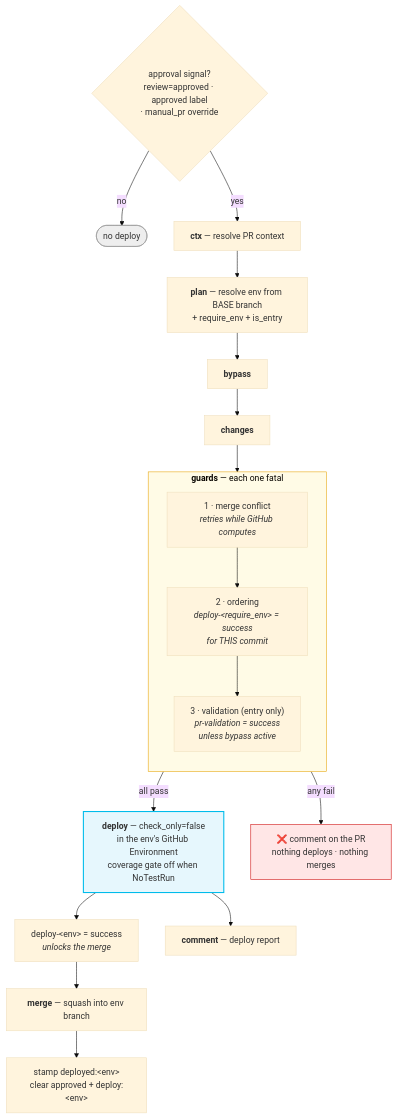
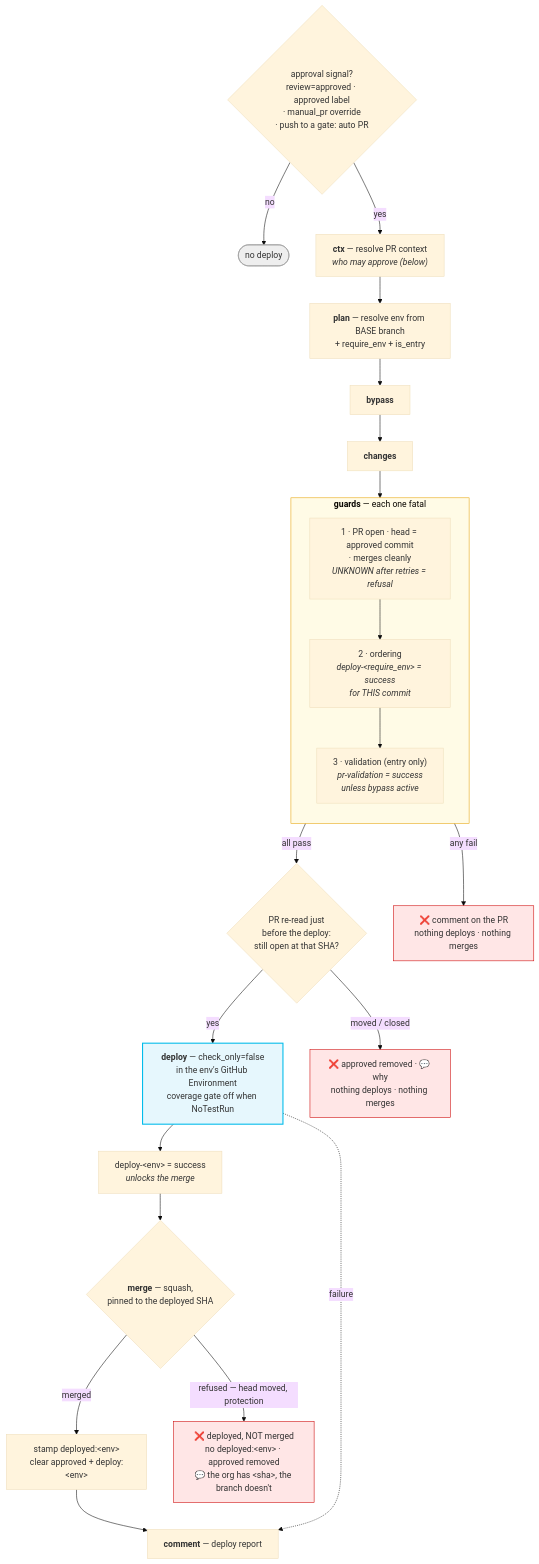
One commit to muraliseelam/sfdx-pipeline-actions changed the sixth of 10 diagrams in docs/Product_Documentation.md. Above: the diagram before and after it, drawn with Mermaid (base theme). The commit also changed other lines of this file and 5 other files, not shown here.

First line of the commit message:
Docs: hardening pass — trusted config, approvals, pinned merges, release proof, gated deploys

````diff
--- a/docs/Product_Documentation.md
+++ b/docs/Product_Documentation.md
@@ -494,34 +617,42 @@
 ```mermaid
 flowchart TD
-    T{"approval signal?<br/>review=approved · approved label<br/>· manual_pr override"}
+    T{"approval signal?<br/>review=approved · approved label<br/>· manual_pr override<br/>· push to a gate: auto PR"}
     STOP(["no deploy"])
-    CTX["<b>ctx</b> — resolve PR context"]
+    CTX["<b>ctx</b> — resolve PR context<br/><i>who may approve (below)</i>"]
     PL["<b>plan</b> — resolve env from BASE branch<br/>+ require_env + is_entry"]
     BY["<b>bypass</b>"]
     CHG["<b>changes</b>"]
 
     subgraph GRD["<b>guards</b> — each one fatal"]
         direction TB
-        G1["1 · merge conflict<br/><i>retries while GitHub computes</i>"]
+        G1["1 · PR open · head = approved commit<br/>· merges cleanly<br/><i>UNKNOWN after retries = refusal</i>"]
         G2["2 · ordering<br/><i>deploy-&lt;require_env&gt; = success<br/>for THIS commit</i>"]
         G3["3 · validation (entry only)<br/><i>pr-validation = success<br/>unless bypass active</i>"]
         G1 --> G2 --> G3
     end
 
+    FR{"PR re-read just<br/>before the deploy:<br/>still open at that SHA?"}
     DEP["<b>deploy</b> — check_only=false<br/>in the env's GitHub Environment<br/>coverage gate off when NoTestRun"]
     ST["deploy-&lt;env&gt; = success<br/><i>unlocks the merge</i>"]
-    MG["<b>merge</b> — squash into env branch"]
+    MG{"<b>merge</b> — squash,<br/>pinned to the deployed SHA"}
     LB["stamp deployed:&lt;env&gt;<br/>clear approved + deploy:&lt;env&gt;"]
+    NM["❌ deployed, NOT merged<br/>no deployed:&lt;env&gt; · approved removed<br/>💬 the org has &lt;sha&gt;, the branch doesn't"]
     RP["<b>comment</b> — deploy report"]
 
     T -->|no| STOP
     T -->|yes| CTX --> PL --> BY --> CHG --> GRD
-    GRD -->|all pass| DEP --> ST --> MG --> LB
+    GRD -->|all pass| FR
+    FR -->|yes| DEP --> ST --> MG
+    FR -->|"moved / closed"| MOVED["❌ approved removed · 💬 why<br/>nothing deploys · nothing merges"]
+    MG -->|merged| LB --> RP
+    MG -->|"refused — head moved, protection"| NM
+    DEP -.->|failure| RP
     GRD -->|any fail| BLOCK["❌ comment on the PR<br/>nothing deploys · nothing merges"]
-    DEP --> RP
 
     style DEP fill:#E6F7FD,stroke:#00BCEB,stroke-width:2px
     style GRD fill:#fffbe6,stroke:#e6a100
     style BLOCK fill:#ffe6e6,stroke:#c00
+    style MOVED fill:#ffe6e6,stroke:#c00
+    style NM fill:#ffe6e6,stroke:#c00
     style STOP fill:#eee,stroke:#999
 ```
````
